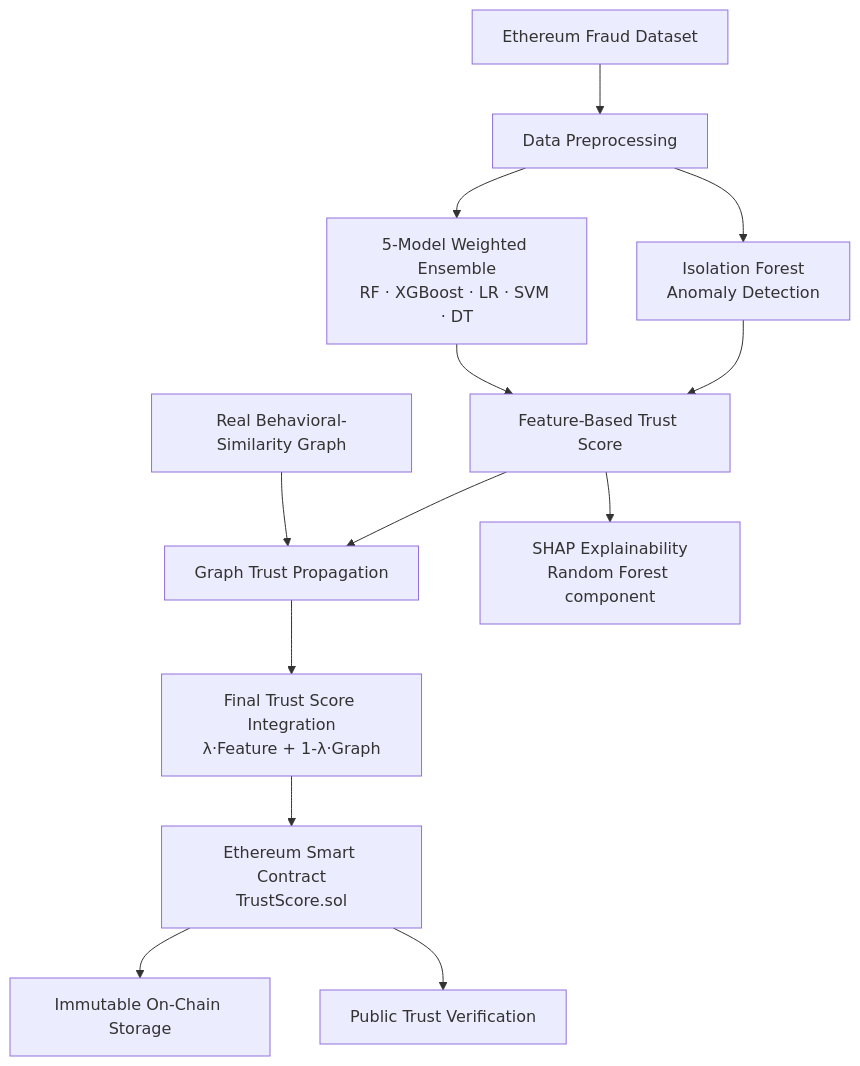
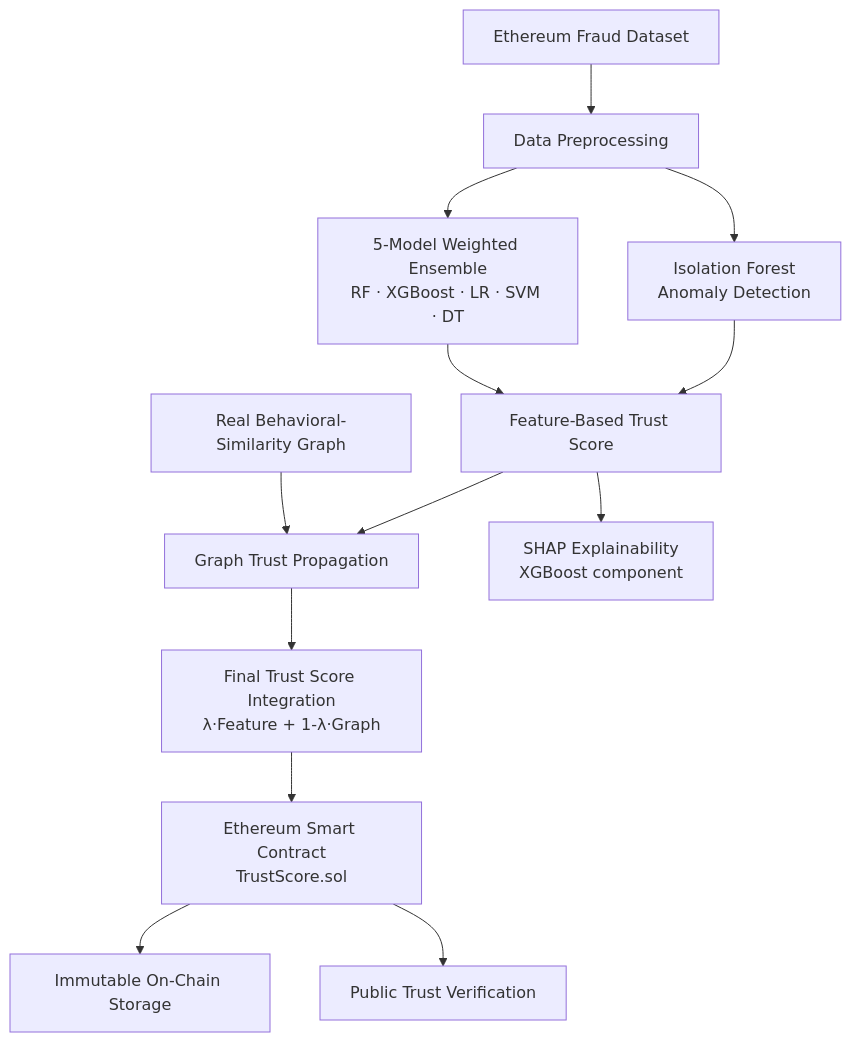
One commit to harjassunejagit/AI-Driven-Trust-Score-Management-for-Blockchain-Nodes-Using-Machine-Learning changed the diagram in README.md. Above: the diagram before and after it, drawn with Mermaid. The commit also changed other lines of this file, not shown here.

````diff
--- a/README.md
+++ b/README.md
@@ -31,15 +31,15 @@
 ```mermaid
 flowchart TD
     A[Ethereum Fraud Dataset] --> B[Data Preprocessing]
     B --> C[5-Model Weighted Ensemble<br/>RF · XGBoost · LR · SVM · DT]
     B --> D[Isolation Forest<br/>Anomaly Detection]
     C --> E[Feature-Based Trust Score]
     D --> E
     F[Real Behavioral-Similarity Graph] --> G[Graph Trust Propagation]
     E --> G
-    E --> H[SHAP Explainability<br/>Random Forest component]
+    E --> H[SHAP Explainability<br/>XGBoost component]
     G --> I[Final Trust Score Integration<br/>λ·Feature + 1-λ·Graph]
     I --> J[Ethereum Smart Contract<br/>TrustScore.sol]
     J --> K[Immutable On-Chain Storage]
     J --> L[Public Trust Verification]
 ```
````
